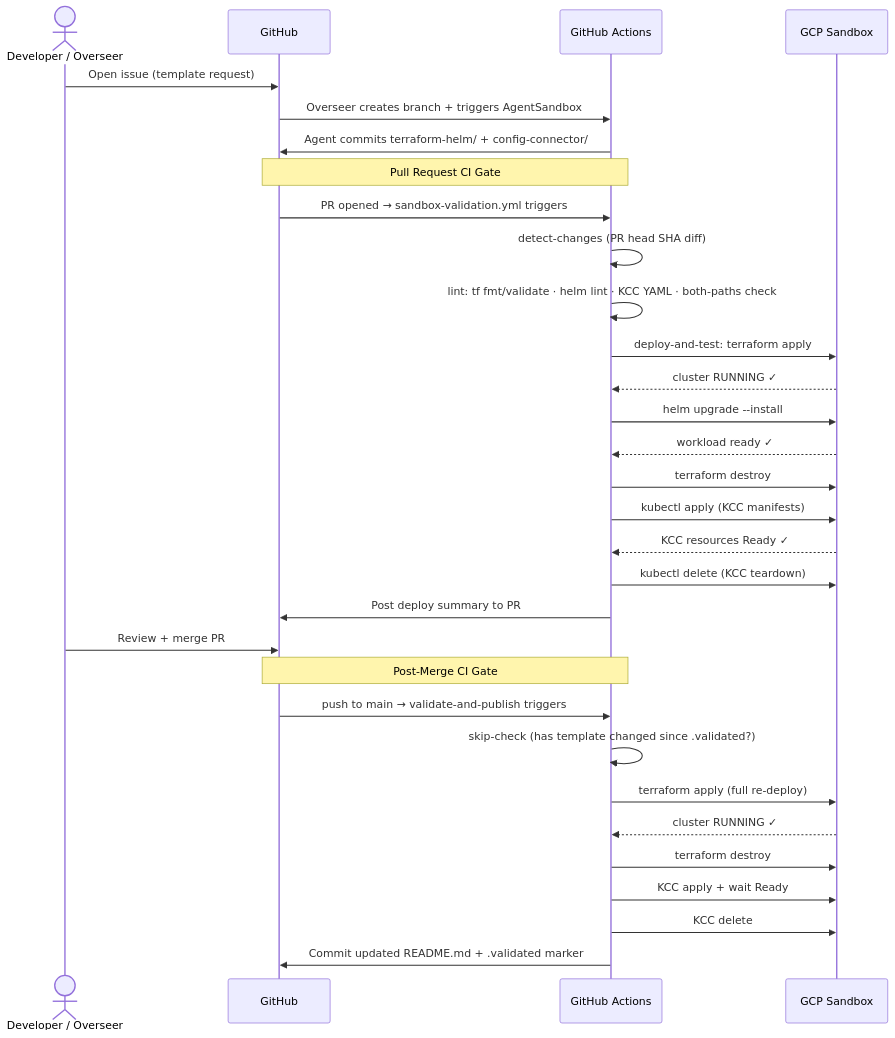
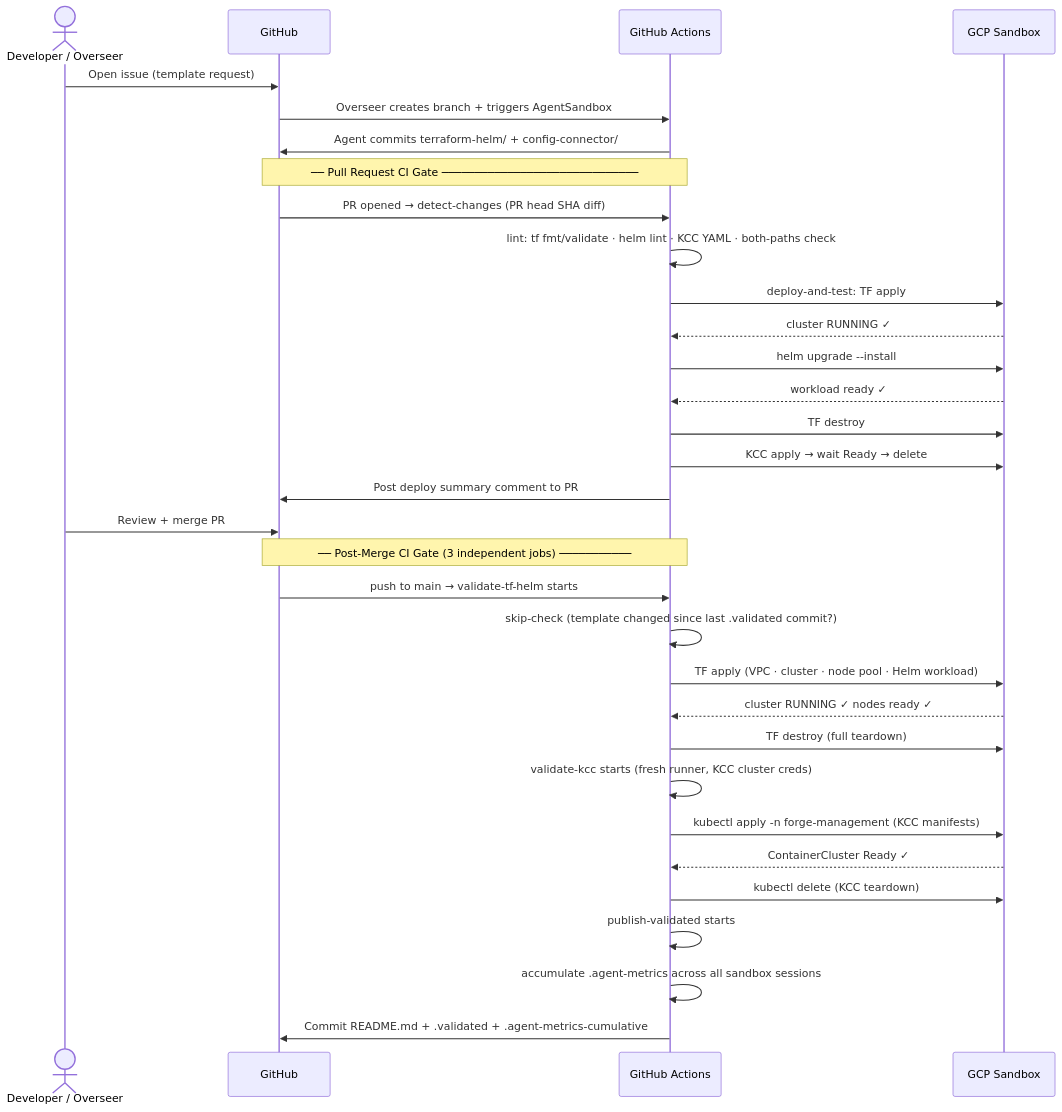
The third of 3 diagrams in README.md (fkc1e100/gcp-template-forge), drawn with Mermaid before and after one commit. The commit also changed other lines of this file, not shown here.

First line of the commit message:
docs: add CI pipeline job graph, fix template structure, add KCC workload dir

````diff
--- a/README.md
+++ b/README.md
@@ -71,36 +99,37 @@
 ```mermaid
 sequenceDiagram
     actor Dev as Developer / Overseer
     participant GH as GitHub
     participant CI as GitHub Actions
     participant GCP as GCP Sandbox
 
     Dev->>GH: Open issue (template request)
     GH->>CI: Overseer creates branch + triggers AgentSandbox
     CI->>GH: Agent commits terraform-helm/ + config-connector/
 
-    Note over GH,CI: Pull Request CI Gate
-    GH->>CI: PR opened → sandbox-validation.yml triggers
-    CI->>CI: detect-changes (PR head SHA diff)
+    Note over GH,CI: ── Pull Request CI Gate ──────────────────────────────
+    GH->>CI: PR opened → detect-changes (PR head SHA diff)
     CI->>CI: lint: tf fmt/validate · helm lint · KCC YAML · both-paths check
-    CI->>GCP: deploy-and-test: terraform apply
+    CI->>GCP: deploy-and-test: TF apply
     GCP-->>CI: cluster RUNNING ✓
     CI->>GCP: helm upgrade --install
     GCP-->>CI: workload ready ✓
-    CI->>GCP: terraform destroy
-    CI->>GCP: kubectl apply (KCC manifests)
-    GCP-->>CI: KCC resources Ready ✓
-    CI->>GCP: kubectl delete (KCC teardown)
-    CI->>GH: Post deploy summary to PR
+    CI->>GCP: TF destroy
+    CI->>GCP: KCC apply → wait Ready → delete
+    CI->>GH: Post deploy summary comment to PR
     Dev->>GH: Review + merge PR
 
-    Note over GH,CI: Post-Merge CI Gate
-    GH->>CI: push to main → validate-and-publish triggers
-    CI->>CI: skip-check (has template changed since .validated?)
-    CI->>GCP: terraform apply (full re-deploy)
-    GCP-->>CI: cluster RUNNING ✓
-    CI->>GCP: terraform destroy
-    CI->>GCP: KCC apply + wait Ready
-    CI->>GCP: KCC delete
-    CI->>GH: Commit updated README.md + .validated marker
+    Note over GH,CI: ── Post-Merge CI Gate (3 independent jobs) ───────────
+    GH->>CI: push to main → validate-tf-helm starts
+    CI->>CI: skip-check (template changed since last .validated commit?)
+    CI->>GCP: TF apply (VPC · cluster · node pool · Helm workload)
+    GCP-->>CI: cluster RUNNING ✓  nodes ready ✓
+    CI->>GCP: TF destroy (full teardown)
+    CI->>CI: validate-kcc starts (fresh runner, KCC cluster creds)
+    CI->>GCP: kubectl apply -n forge-management (KCC manifests)
+    GCP-->>CI: ContainerCluster Ready ✓
+    CI->>GCP: kubectl delete (KCC teardown)
+    CI->>CI: publish-validated starts
+    CI->>CI: accumulate .agent-metrics across all sandbox sessions
+    CI->>GH: Commit README.md + .validated + .agent-metrics-cumulative
 ```
````
